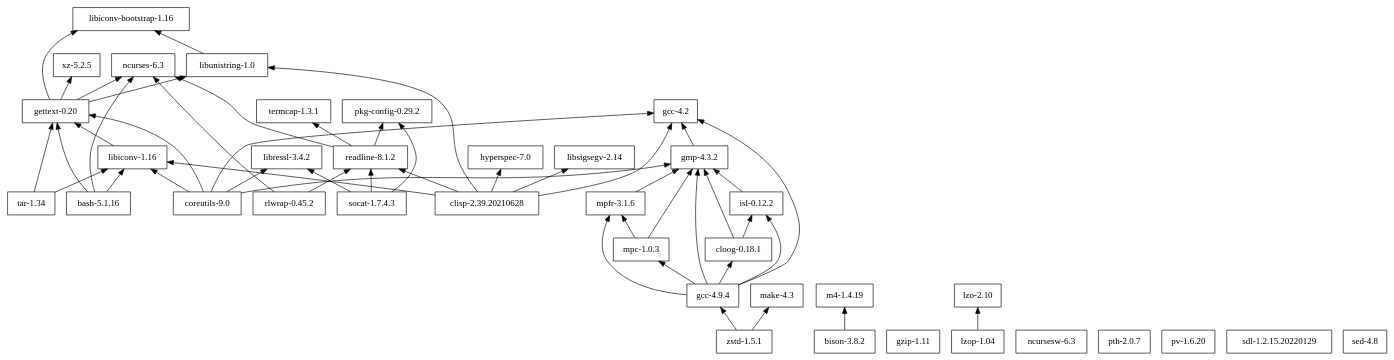
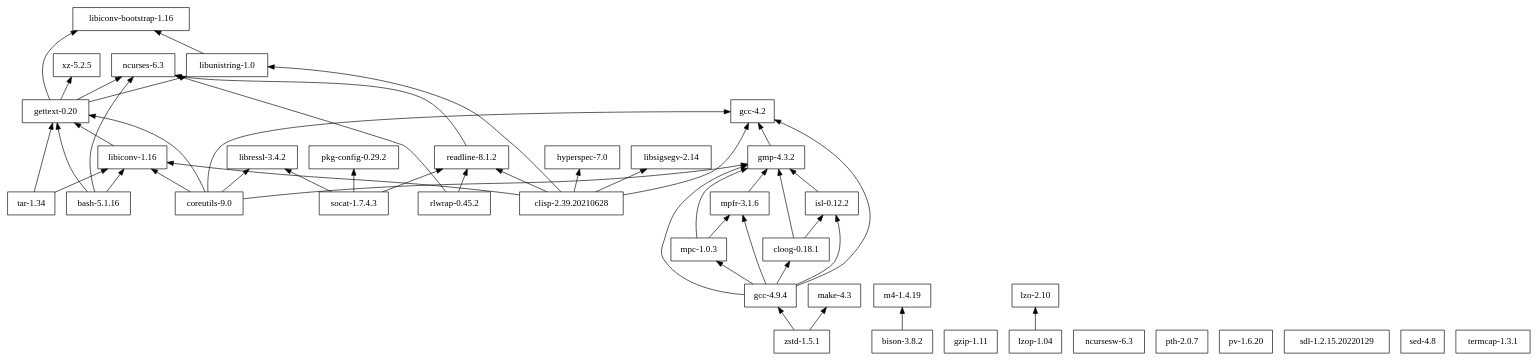
The diagram in tigersh/deps/dependencies.dot (cellularmitosis/leopard.sh), drawn with Graphviz before and after one commit. The commit also changed 9 other files, not shown here.

```diff
--- a/tigersh/deps/dependencies.dot
+++ b/tigersh/deps/dependencies.dot
@@ -1,86 +1,84 @@
 digraph mygraph {
 node [shape=box];
 rankdir = BT;
 
 "bash-5.1.16" -> "gettext-0.20"
 "bash-5.1.16" -> "libiconv-1.16"
 "bash-5.1.16" -> "ncurses-6.3"
 "bison-3.8.2" -> "m4-1.4.19"
 
 "clisp-2.39.20210628" -> "gcc-4.2"
 "clisp-2.39.20210628" -> "hyperspec-7.0"
 "clisp-2.39.20210628" -> "libiconv-1.16"
 "clisp-2.39.20210628" -> "libsigsegv-2.14"
 "clisp-2.39.20210628" -> "libunistring-1.0"
 "clisp-2.39.20210628" -> "readline-8.1.2"
 
 "cloog-0.18.1" -> "gmp-4.3.2"
 "cloog-0.18.1" -> "isl-0.12.2"
 "coreutils-9.0" -> "gcc-4.2"
 "coreutils-9.0" -> "gettext-0.20"
 "coreutils-9.0" -> "gmp-4.3.2"
 "coreutils-9.0" -> "libiconv-1.16"
 "coreutils-9.0" -> "libressl-3.4.2"
 
 "gcc-4.2"
 "gcc-4.9.4" -> "cloog-0.18.1"
 "gcc-4.9.4" -> "gcc-4.2"
 "gcc-4.9.4" -> "gmp-4.3.2"
 "gcc-4.9.4" -> "isl-0.12.2"
 "gcc-4.9.4" -> "mpc-1.0.3"
 "gcc-4.9.4" -> "mpfr-3.1.6"
 "gettext-0.20" -> "libiconv-bootstrap-1.16"
 "gettext-0.20" -> "libunistring-1.0"
 "gettext-0.20" -> "ncurses-6.3"
 "gettext-0.20" -> "xz-5.2.5"
 "gmp-4.3.2" -> "gcc-4.2"
 "gzip-1.11"
 
 "hyperspec-7.0"
 
 "isl-0.12.2" -> "gmp-4.3.2"
+
 "libiconv-1.16" -> "gettext-0.20"
-
 "libiconv-bootstrap-1.16"
 "libressl-3.4.2"
 "libsigsegv-2.14"
 "libunistring-1.0" -> "libiconv-bootstrap-1.16"
 
 "lzo-2.10"
 "lzop-1.04" -> "lzo-2.10"
 
 "m4-1.4.19"
 "make-4.3"
 "mpc-1.0.3" -> "gmp-4.3.2"
 "mpc-1.0.3" -> "mpfr-3.1.6"
 "mpfr-3.1.6" -> "gmp-4.3.2"
 
 "ncurses-6.3"
 "ncursesw-6.3"
 
 "pkg-config-0.29.2"
 "pth-2.0.7"
 "pv-1.6.20"
 
 "readline-8.1.2" -> "ncurses-6.3"
-"readline-8.1.2" -> "pkg-config-0.29.2"
-"readline-8.1.2" -> "termcap-1.3.1"
 "rlwrap-0.45.2" -> "ncurses-6.3"
 "rlwrap-0.45.2" -> "readline-8.1.2"
 
 "sdl-1.2.15.20220129"
 "sed-4.8"
 "socat-1.7.4.3" -> "libressl-3.4.2"
 "socat-1.7.4.3" -> "pkg-config-0.29.2"
 "socat-1.7.4.3" -> "readline-8.1.2"
+
 "tar-1.34" -> "gettext-0.20"
-
 "tar-1.34" -> "libiconv-1.16"
 "termcap-1.3.1"
 
 "xz-5.2.5"
 
 "zstd-1.5.1" -> "gcc-4.9.4"
 "zstd-1.5.1" -> "make-4.3"
 
 }
```
